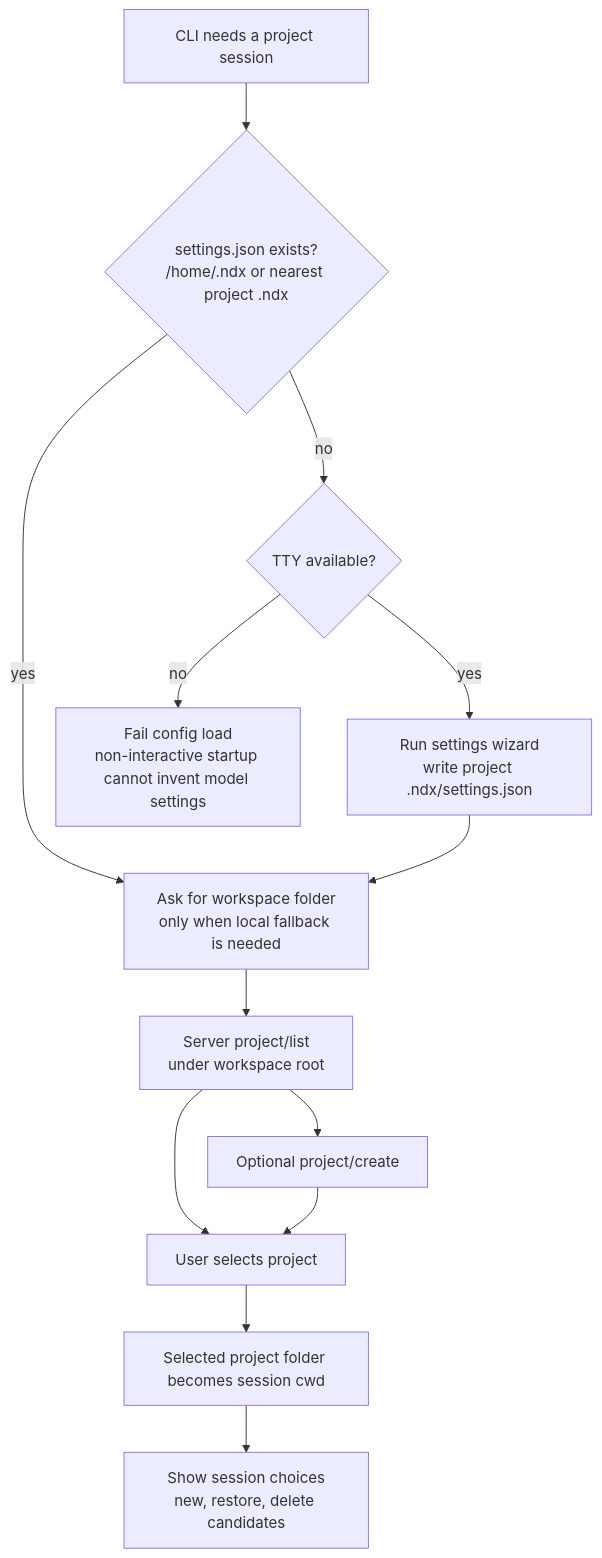
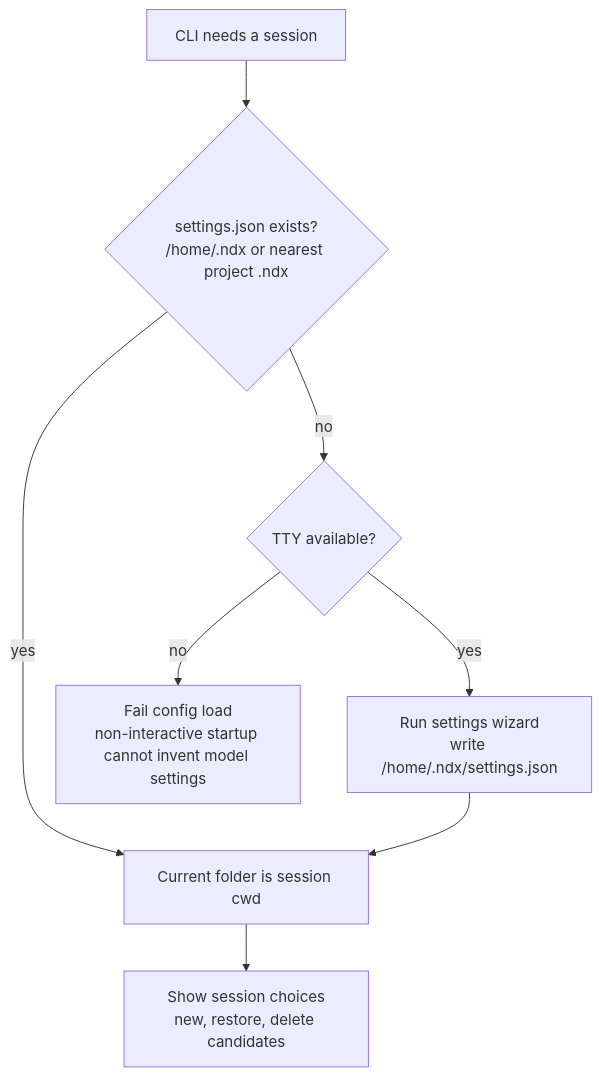
The fourth of 20 diagrams in docs/system-architecture.md (hikaMaeng/ndx), drawn with Mermaid before and after one commit. The commit also changed other lines of this file and 31 other files, not shown here.

````diff
--- a/docs/system-architecture.md
+++ b/docs/system-architecture.md
@@ -147,25 +146,17 @@
 ```mermaid
 flowchart TD
-  start["CLI needs a project session"]
+  start["CLI needs a session"]
   settings{"settings.json exists?\n/home/.ndx or nearest project .ndx"}
   tty{"TTY available?"}
-  wizard["Run settings wizard\nwrite project .ndx/settings.json"]
+  wizard["Run settings wizard\nwrite /home/.ndx/settings.json"]
   fail["Fail config load\nnon-interactive startup cannot invent model settings"]
-  root["Ask for workspace folder\nonly when local fallback is needed"]
-  list["Server project/list\nunder workspace root"]
-  create["Optional project/create"]
-  choose["User selects project"]
-  cwd["Selected project folder becomes session cwd"]
+  cwd["Current folder is session cwd"]
   sessions["Show session choices\nnew, restore, delete candidates"]
 
   start --> settings
-  settings -->|"yes"| root
+  settings -->|"yes"| cwd
   settings -->|"no"| tty
-  tty -->|"yes"| wizard --> root
+  tty -->|"yes"| wizard --> cwd
   tty -->|"no"| fail
-  root --> list
-  list --> create
-  list --> choose
-  create --> choose
-  choose --> cwd --> sessions
+  cwd --> sessions
 ```
````
